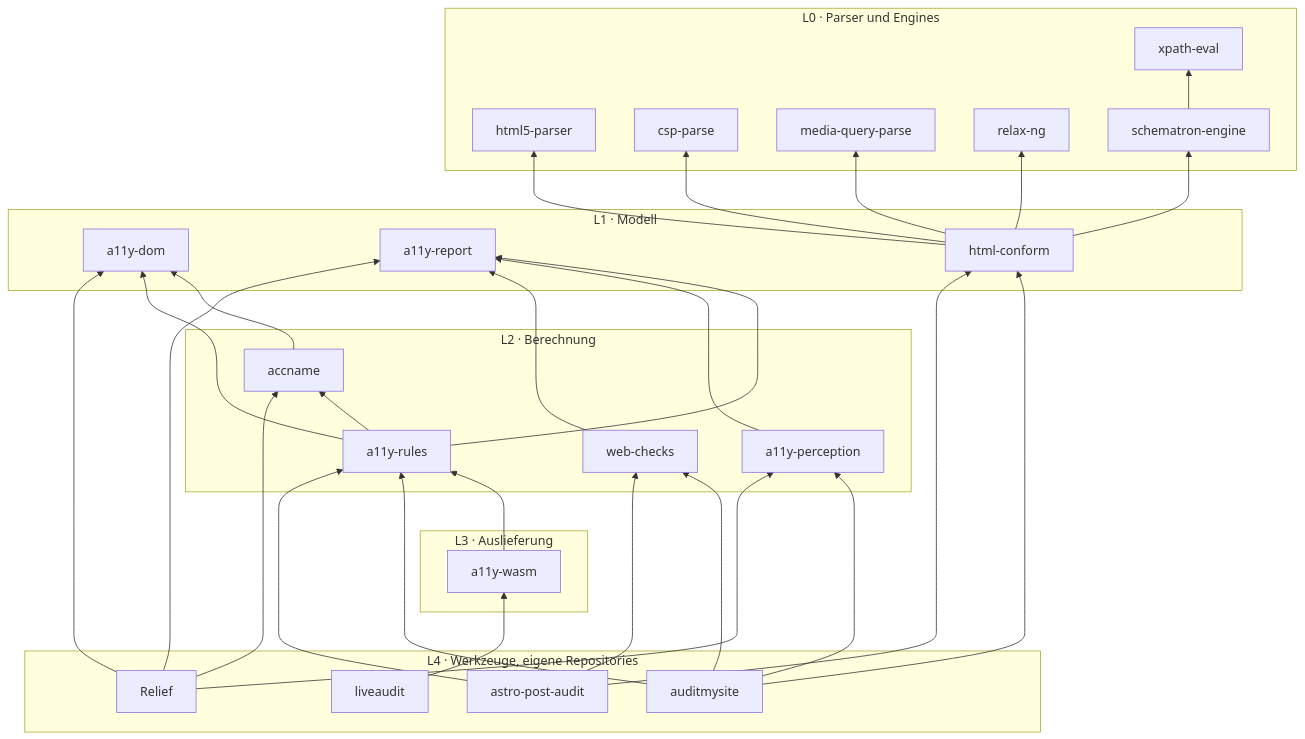
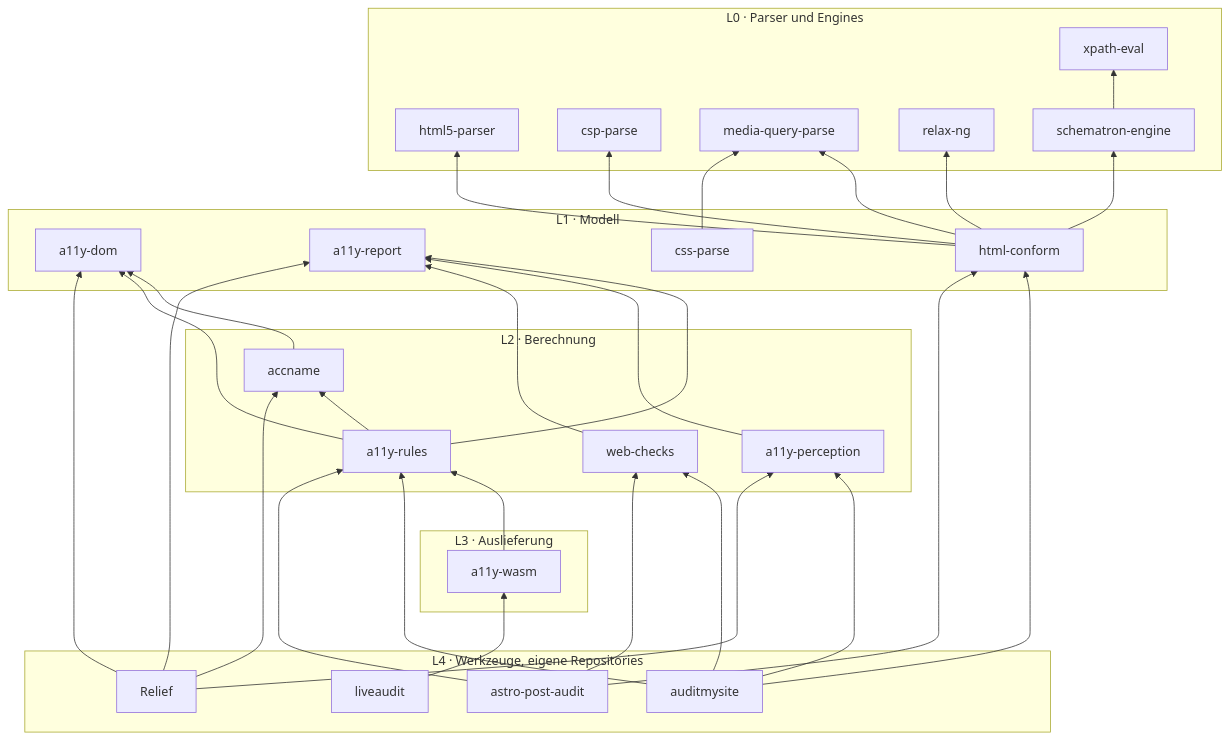
The diagram in docs/architecture.md (casoon/barrierlab), drawn with Mermaid before and after one commit. The commit also changed other lines of this file and 14 other files, not shown here.

Commit message:
feat(css-parse): Stylesheet-Parser nach CSS Syntax Level 3 (#21)

````diff
--- a/docs/architecture.md
+++ b/docs/architecture.md
@@ -16,43 +16,45 @@
 ```mermaid
 flowchart BT
   subgraph L0["L0 · Parser und Engines"]
     h5[html5-parser]
     csp[csp-parse]
     mq[media-query-parse]
     xp[xpath-eval]
     rng[relax-ng]
     sch[schematron-engine]
   end
   subgraph L1["L1 · Modell"]
     dom[a11y-dom]
     rep[a11y-report]
     hc[html-conform]
+    cssp[css-parse]
   end
   subgraph L2["L2 · Berechnung"]
     acc[accname]
     rules[a11y-rules]
     perc[a11y-perception]
     wc[web-checks]
   end
   subgraph L3["L3 · Auslieferung"]
     wasm[a11y-wasm]
   end
   subgraph L4["L4 · Werkzeuge, eigene Repositories"]
     ams[auditmysite]
     apa[astro-post-audit]
     la[liveaudit]
     rl[Relief]
   end
 
   sch --> xp
   hc --> h5 & csp & mq & rng & sch
+  cssp --> mq
   acc --> dom
   rules --> dom & rep & acc
   perc --> rep
   wc --> rep
   wasm --> rules
   ams --> rules & hc & perc & wc
   apa --> rules & hc & wc
   la --> wasm
   rl --> perc & acc & dom & rep
 ```
````
